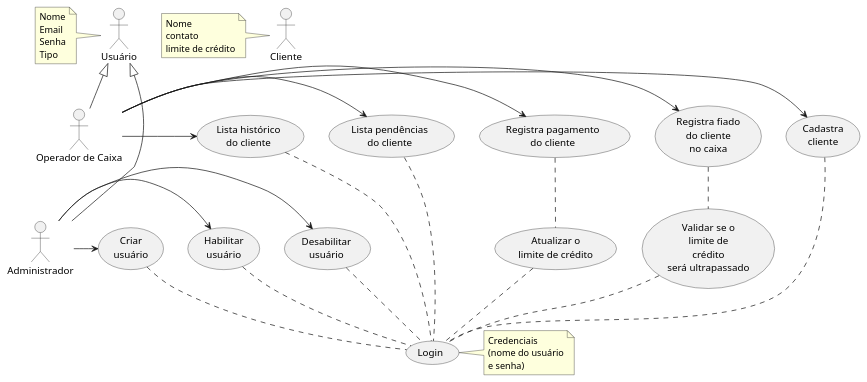
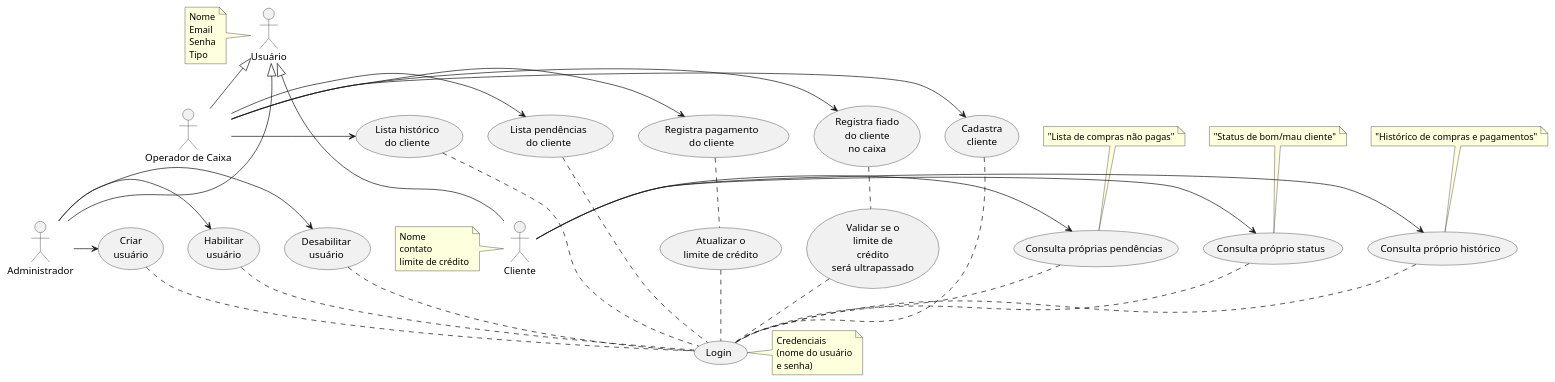
Before and after one commit to guionardo/martur-food-truck: the diagram in docs/use-cases.puml, drawn with PlantUML. The commit also changed 2 other files, not shown here.

```diff
--- a/docs/use-cases.puml
+++ b/docs/use-cases.puml
@@ -1,58 +1,71 @@
 @startuml
 
 ' left to right direction
 
 actor Usuário as user
 note left of user: Nome\nEmail\nSenha\nTipo
 
 actor Administrador as admin
 actor "Operador de Caixa" as operator
 
 actor Cliente as customer
 note left of customer: Nome\ncontato\nlimite de crédito
 
 (Login) as (login)
 note right of login: Credenciais\n(nome do usuário\ne senha)
 
 user <|-- admin
 user <|-- operator
-
+user <|-- customer
 
 
 (Criar\nusuário) as (create_user)
 (create_user) .. (login)
 (Habilitar\nusuário) as (enable_user)
 (enable_user) .. (login)
 (Desabilitar\nusuário) as (disable_user)
 (disable_user) .. (login)
 admin -> (disable_user)
 admin -> (enable_user)
 admin -> (create_user)
 
 (Cadastra\ncliente) as (create_customer)
 (create_customer) .. (login)
 ' note right of (create_customer): Nome do cliente\ncontato\nlimite de crédito
 
 (Registra fiado\ndo cliente\nno caixa) as (sale_on_credit)
 (Validar se o\nlimite de\ncrédito\nserá ultrapassado) as (validate_credit)
 (sale_on_credit) .. (validate_credit)
 (validate_credit) .. (login)
 
 
 (Registra pagamento\ndo cliente) as (add_payment)
 (Atualizar o\nlimite de crédito) as (update_credit)
 (add_payment) .. (update_credit)
 (update_credit) .. (login)
 
 
 (Lista pendências\ndo cliente) as (list_pendency)
 (list_pendency) .. (login)
 (Lista histórico\ndo cliente) as (list_history)
 (list_history)..(login)
 operator -> (create_customer)
 operator -> (sale_on_credit)
 operator -> (add_payment)
 operator -> (list_pendency)
 operator -> (list_history)
 
+(Consulta próprio histórico) as (query_history)
+(query_history) .. (login)
+note top of (query_history): "Histórico de compras e pagamentos"
+(Consulta próprias pendências) as (query_pendency)
+note top of (query_pendency): "Lista de compras não pagas"
+(query_pendency) .. (login)
+(Consulta próprio status) as (query_status)
+(query_status) .. (login)
+note top of (query_status): "Status de bom/mau cliente"
+
+customer -> (query_history)
+customer -> (query_pendency)
+customer -> (query_status)
 @enduml
```
